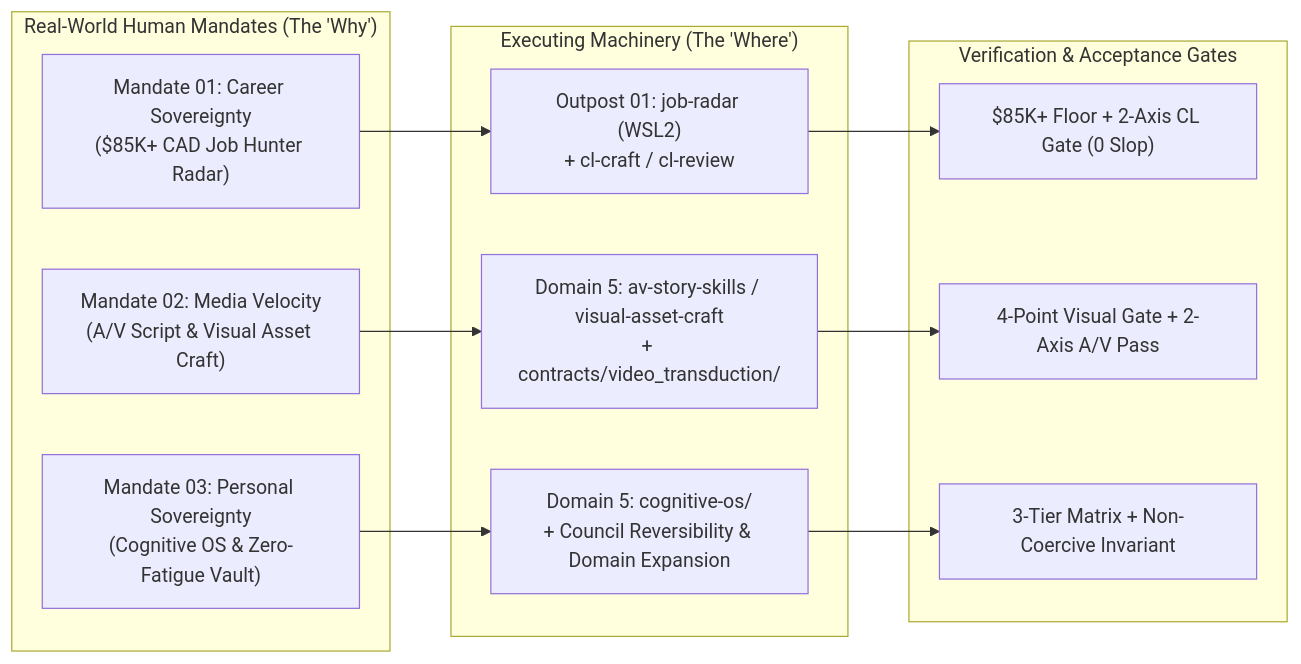
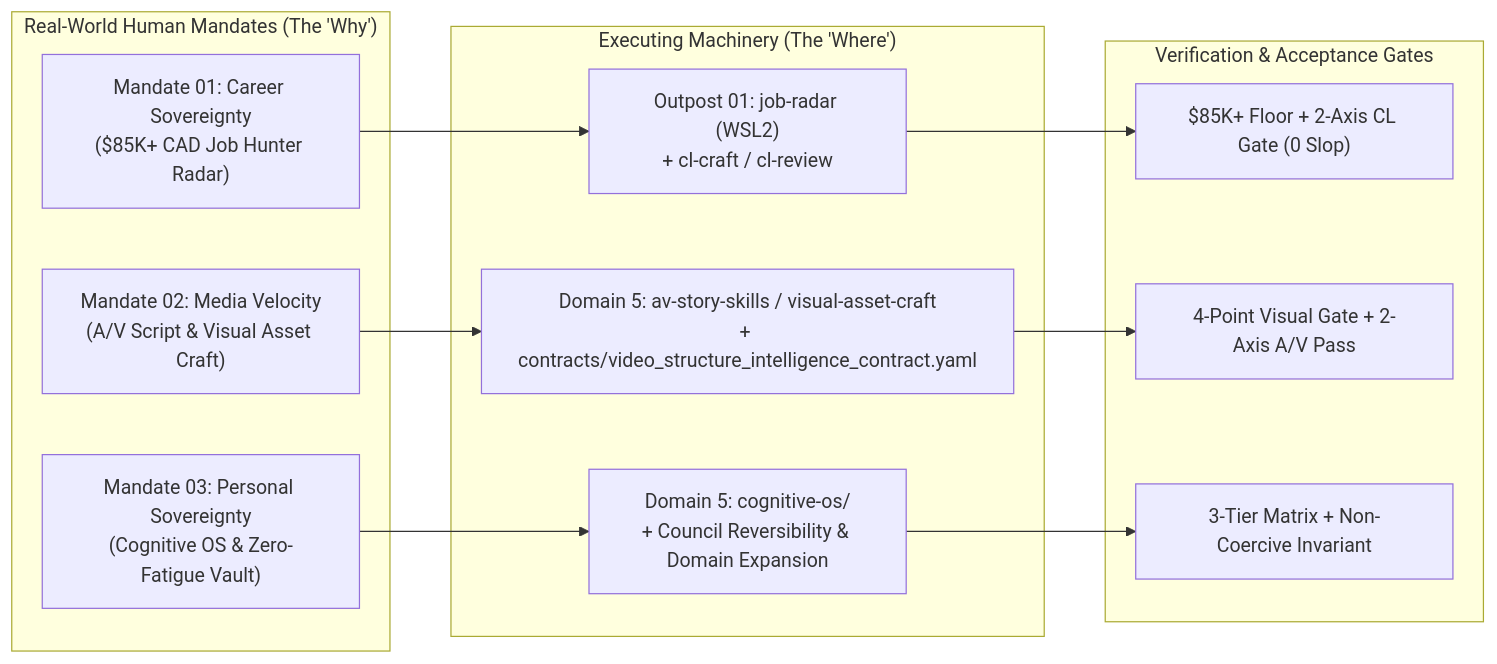
The first of 4 diagrams in ATLAS.md (guarani-ux/Kageyoni), drawn with Mermaid before and after one commit. The commit also changed other lines of this file and 3 other files, not shown here.

````diff
--- a/ATLAS.md
+++ b/ATLAS.md
@@ -18,24 +18,24 @@
 ```mermaid
 flowchart LR
     subgraph Mandates["Real-World Human Mandates (The 'Why')"]
         M1["Mandate 01: Career Sovereignty<br/>($85K+ CAD Job Hunter Radar)"]
         M2["Mandate 02: Media Velocity<br/>(A/V Script & Visual Asset Craft)"]
         M3["Mandate 03: Personal Sovereignty<br/>(Cognitive OS & Zero-Fatigue Vault)"]
     end
 
     subgraph ExecSubsystems["Executing Machinery (The 'Where')"]
         E1["Outpost 01: job-radar (WSL2)<br/>+ cl-craft / cl-review"]
-        E2["Domain 5: av-story-skills / visual-asset-craft<br/>+ contracts/video_transduction/"]
+        E2["Domain 5: av-story-skills / visual-asset-craft<br/>+ contracts/video_structure_intelligence_contract.yaml"]
         E3["Domain 5: cognitive-os/<br/>+ Council Reversibility & Domain Expansion"]
     end
 
     subgraph Gates["Verification & Acceptance Gates"]
         G1["$85K+ Floor + 2-Axis CL Gate (0 Slop)"]
         G2["4-Point Visual Gate + 2-Axis A/V Pass"]
         G3["3-Tier Matrix + Non-Coercive Invariant"]
     end
 
     M1 --> E1 --> G1
     M2 --> E2 --> G2
     M3 --> E3 --> G3
 ```
````
